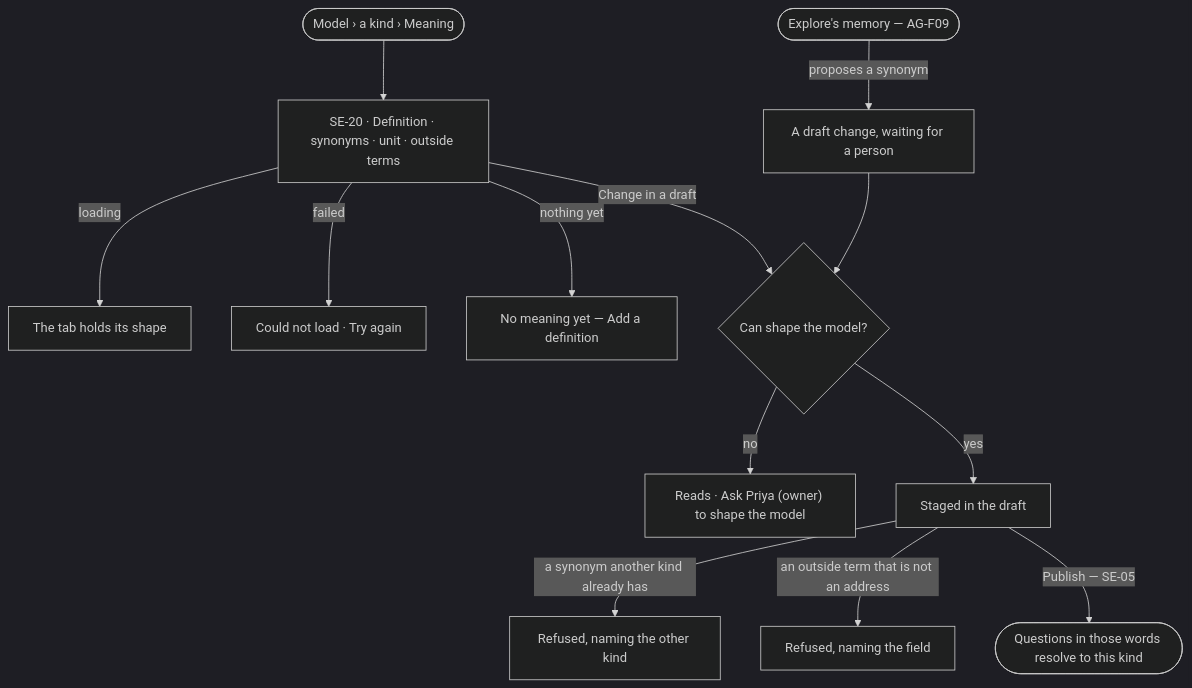
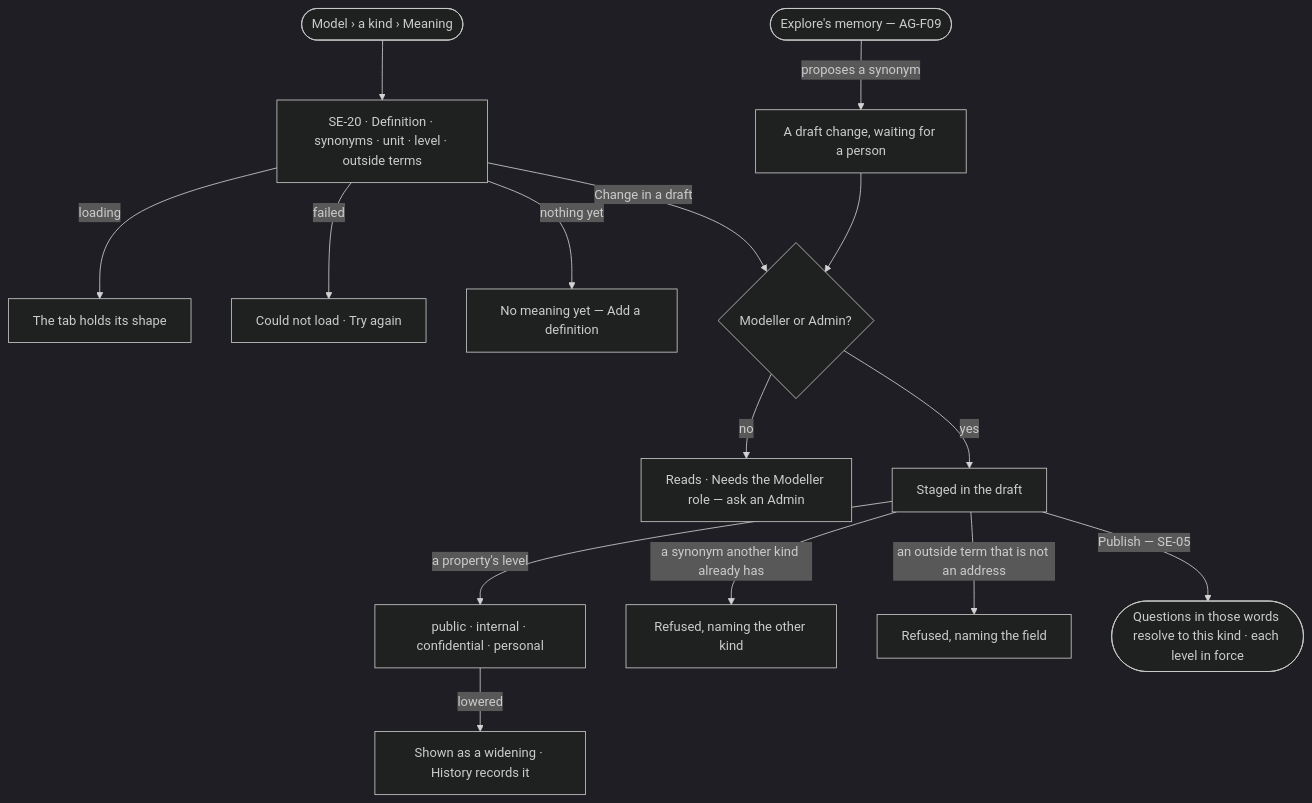
One commit to invana/invana changed the diagram in specs/capabilities/semantics/features/SE-F03-meaning/feature.md. Above: the diagram before and after it, drawn with Mermaid (dark theme). The commit also changed other lines of this file and 300 other files, not shown here.

````diff
--- a/specs/capabilities/semantics/features/SE-F03-meaning/feature.md
+++ b/specs/capabilities/semantics/features/SE-F03-meaning/feature.md
@@ -23,14 +24,16 @@
 ```mermaid
 flowchart TD
-  start([Model › a kind › Meaning]) --> m["SE-20 · Definition · synonyms · unit · outside terms"]
+  start([Model › a kind › Meaning]) --> m["SE-20 · Definition · synonyms · unit · level · outside terms"]
   m -->|loading| ld["The tab holds its shape"]
   m -->|failed| fl["Could not load · Try again"]
   m -->|nothing yet| e["No meaning yet — Add a definition"]
-  m -->|Change in a draft| may{Can shape the model?}
-  may -->|no| na["Reads · Ask Priya (owner) to shape the model"]
+  m -->|Change in a draft| may{Modeller or Admin?}
+  may -->|no| na["Reads · Needs the Modeller role — ask an Admin"]
   may -->|yes| d["Staged in the draft"]
+  d -->|a property's level| lv["public · internal · confidential · personal"]
+  lv -->|lowered| wd["Shown as a widening · History records it"]
   d -->|a synonym another kind already has| dup["Refused, naming the other kind"]
   d -->|an outside term that is not an address| bad["Refused, naming the field"]
-  d -->|Publish — SE-05| pub(["Questions in those words resolve to this kind"])
+  d -->|Publish — SE-05| pub(["Questions in those words resolve to this kind · each level in force"])
   mem([Explore's memory — AG-F09]) -->|proposes a synonym| prop["A draft change, waiting for a person"] --> may
 ```
````
